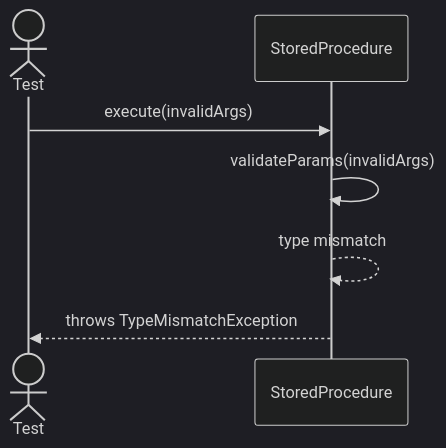
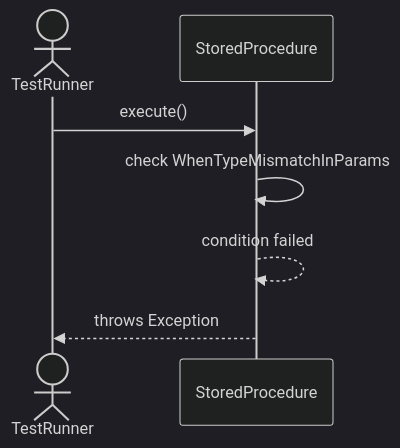
Before and after one commit to TamBui1706/DBMS: the second of 6 diagrams in Sequences/DatabaseObjectManagement/StoredProcedure.md, drawn with Mermaid (dark theme). The commit also changed other lines of this file and 63 other files, not shown here.

Commit message:
Draw sequence diagram for unit tests

````diff
--- a/Sequences/DatabaseObjectManagement/StoredProcedure.md
+++ b/Sequences/DatabaseObjectManagement/StoredProcedure.md
@@ -31,10 +30,9 @@
 ```mermaid
 sequenceDiagram
-    actor Test
+    actor TestRunner
     participant StoredProcedure
-
-    Test->>StoredProcedure: execute(invalidArgs)
-    StoredProcedure->>StoredProcedure: validateParams(invalidArgs)
-    StoredProcedure-->>StoredProcedure: type mismatch
-    StoredProcedure-->>Test: throws TypeMismatchException
+    TestRunner->>StoredProcedure: execute()
+    StoredProcedure->>StoredProcedure: check WhenTypeMismatchInParams
+    StoredProcedure-->>StoredProcedure: condition failed
+    StoredProcedure-->>TestRunner: throws Exception
 ```
````
